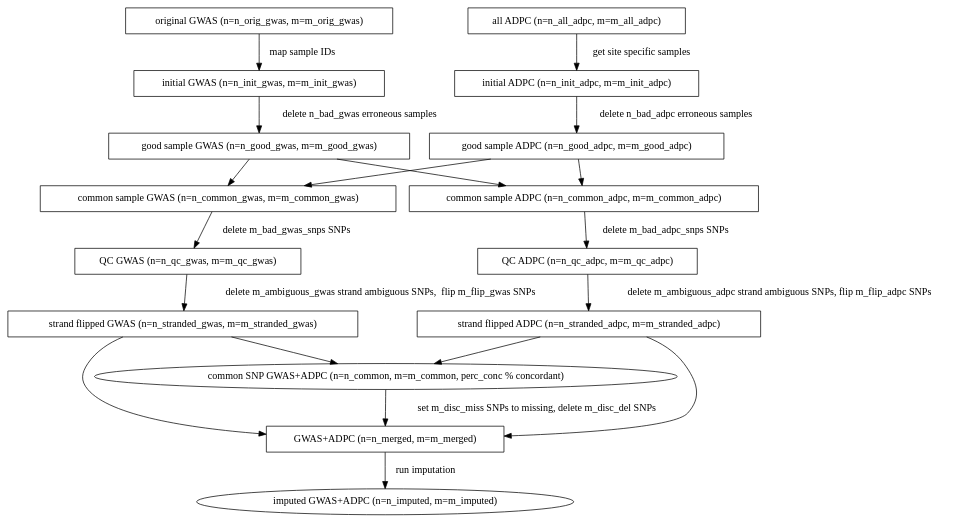
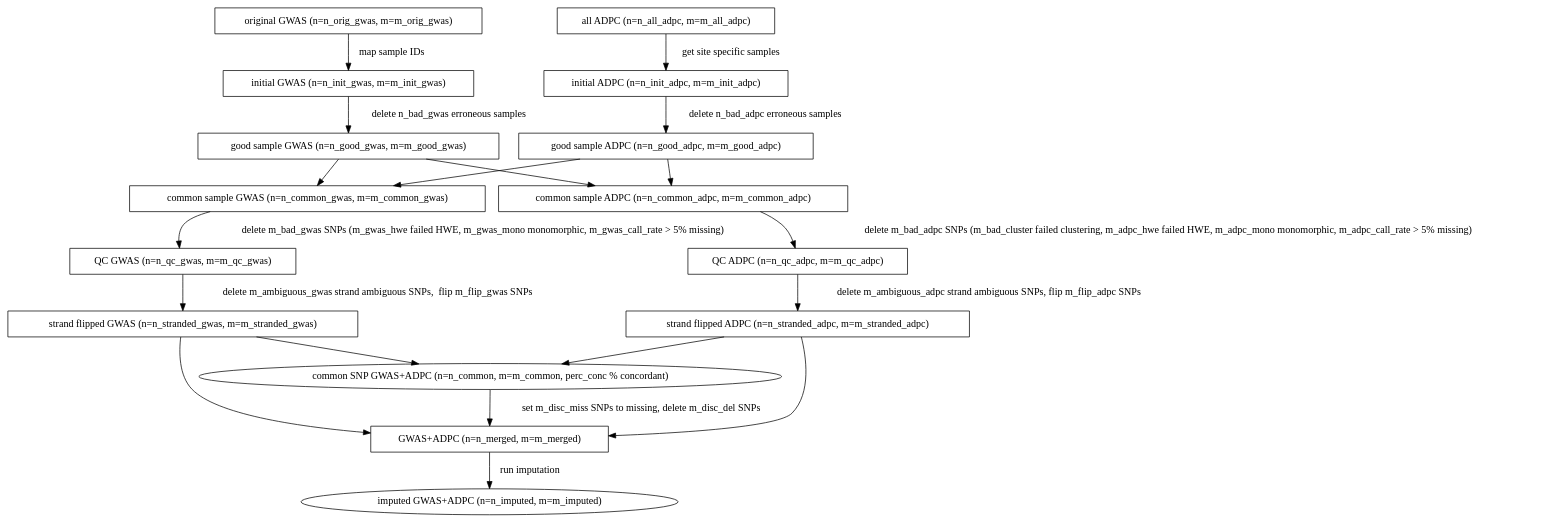
The diagram in doc/flow.dot (CAAPA/gwas_adpc_imputation_pipeline), drawn with Graphviz before and after one commit. The commit also changed 3 other files, not shown here.

```diff
--- a/doc/flow.dot
+++ b/doc/flow.dot
@@ -1,91 +1,91 @@
 #!dot
 digraph {
 
     //Initial GWAS flow
 
     ORIG_GWAS [label="original GWAS (n=n_orig_gwas, m=m_orig_gwas)",
                shape=box] //params: n_orig_gwas, m_orig_gwas
     INIT_GWAS [label="initial GWAS (n=n_init_gwas, m=m_init_gwas)",
                shape=box] //params: n_init_gwas, m_init_gwas
     ORIG_GWAS -> INIT_GWAS [label= " map sample IDs"];
                  //script: get_gwas_samples
 
 
     GOOD_GWAS [label="good sample GWAS (n=n_good_gwas, m=m_good_gwas)",
                shape=box] //params: n_good_gwas, m_good_gwas
     INIT_GWAS -> GOOD_GWAS [label=" delete n_bad_gwas erroneous samples"];
                 //script: get_good_samples; params: n_bad_gwas
 
     COMMON_GWAS [label="common sample GWAS (n=n_common_gwas, m=m_common_gwas)",
                  shape=box] //params: n_common_gwas, m=m_common_gwas
     GOOD_GWAS -> COMMON_GWAS;
                  //script: get_common_samples
 
     QC_GWAS [label="QC GWAS (n=n_qc_gwas, m=m_qc_gwas)",
              shape=box] //params: n_qc_gwas, m=m_qc_gwas
-    COMMON_GWAS -> QC_GWAS [label=" delete m_bad_gwas_snps SNPs"];
-                //script: do_qc; params: m_bad_gwas_snps
+    COMMON_GWAS -> QC_GWAS [label=" delete m_bad_gwas SNPs (m_gwas_hwe failed HWE, m_gwas_mono monomorphic, m_gwas_call_rate > 5% missing)"];
+                //script: do_gwas_qc; params: m_bad_gwas
                 //m (whatever subcategories removed)
 
 
     FLIPPED_GWAS [label="strand flipped GWAS (n=n_stranded_gwas, m=m_stranded_gwas)",
                   shape=box] //params: n_stranded_gwas, m_stranded_gwas
     QC_GWAS -> FLIPPED_GWAS [label=" delete m_ambiguous_gwas strand ambiguous SNPs,  flip m_flip_gwas SNPs"];
                  //script: flip_strands; params: m_flip_gwas, m_ambiguous_gwas
 
 
     //Initial ADPC flow
 
     ALL_ADPC [label="all ADPC (n=n_all_adpc, m=m_all_adpc)",
               shape=box] //params:n_all_adpc, m_all_adpc
     INIT_ADPC [label="initial ADPC (n=n_init_adpc, m=m_init_adpc)",
                shape=box] //params: n_init_adpc, m_init_adpc
     ALL_ADPC -> INIT_ADPC [label=" get site specific samples"]
                 //script: get_adpc_samples (site)
 
 
     GOOD_ADPC [label="good sample ADPC (n=n_good_adpc, m=m_good_adpc)",
                shape=box] //params: n_good_adpc, m_good_adpc
     INIT_ADPC -> GOOD_ADPC [label=" delete n_bad_adpc erroneous samples"];
                 //script: get_good_samples; params: n_bad_adpc
 
     COMMON_ADPC [label="common sample ADPC (n=n_common_adpc, m=m_common_adpc)",
                  shape=box] //params: n_common_adpc, m=m_common_adpc
     GOOD_ADPC -> COMMON_ADPC;
                  //script: get_common_samples
 
     QC_ADPC [label="QC ADPC (n=n_qc_adpc, m=m_qc_adpc)",
              shape=box] //params: n_qc_adpc, m=m_qc_adpc
-    COMMON_ADPC -> QC_ADPC [label=" delete m_bad_adpc_snps SNPs"];
-                //script: do_qc; params: m_bad_adpc_snps
+    COMMON_ADPC -> QC_ADPC [label=" delete m_bad_adpc SNPs (m_bad_cluster failed clustering, m_adpc_hwe failed HWE, m_adpc_mono monomorphic, m_adpc_call_rate > 5% missing)"];
+                //script: do_adpc_qc; params: m_bad_adpc
                 //m (whatever subcategories removed)
                 //remember to also remove ACGT
 
     FLIPPED_ADPC [label="strand flipped ADPC (n=n_stranded_adpc, m=m_stranded_adpc)",
                   shape=box] //params: n_stranded_adpc, m_stranded_adpc
     QC_ADPC -> FLIPPED_ADPC [label=" delete m_ambiguous_adpc strand ambiguous SNPs, flip m_flip_adpc SNPs"];
                  //script: flip_strands; params: m_flip_adpc, m_ambiguous_adpc
 
 
 
     //GWAS + ADPC flows
 
     GOOD_ADPC -> COMMON_GWAS;
     GOOD_GWAS -> COMMON_ADPC;
 
     COMMON_SNP [label="common SNP GWAS+ADPC (n=n_common, m=m_common, perc_conc % concordant)",
                 shape=ellipse] //params: n_common, m_common
     FLIPPED_GWAS -> COMMON_SNP; //script: get_common_snp_files
     FLIPPED_ADPC -> COMMON_SNP; //script: get_common_snp_files
 
     MERGED [label="GWAS+ADPC (n=n_merged, m=m_merged)",
             shape=box] //params: n_merged, m_merged
     COMMON_SNP -> MERGED [label= " set m_disc_miss SNPs to missing, delete m_disc_del SNPs"];
             //script: merge_adpc_gwas; params: m_disc_miss, m_disc_del
     FLIPPED_GWAS -> MERGED;
     FLIPPED_ADPC -> MERGED;
 
     IMPUTED [label="imputed GWAS+ADPC (n=n_imputed, m=m_imputed)"]
     MERGED -> IMPUTED [label=" run imputation"];
                 //script:
 }
```
